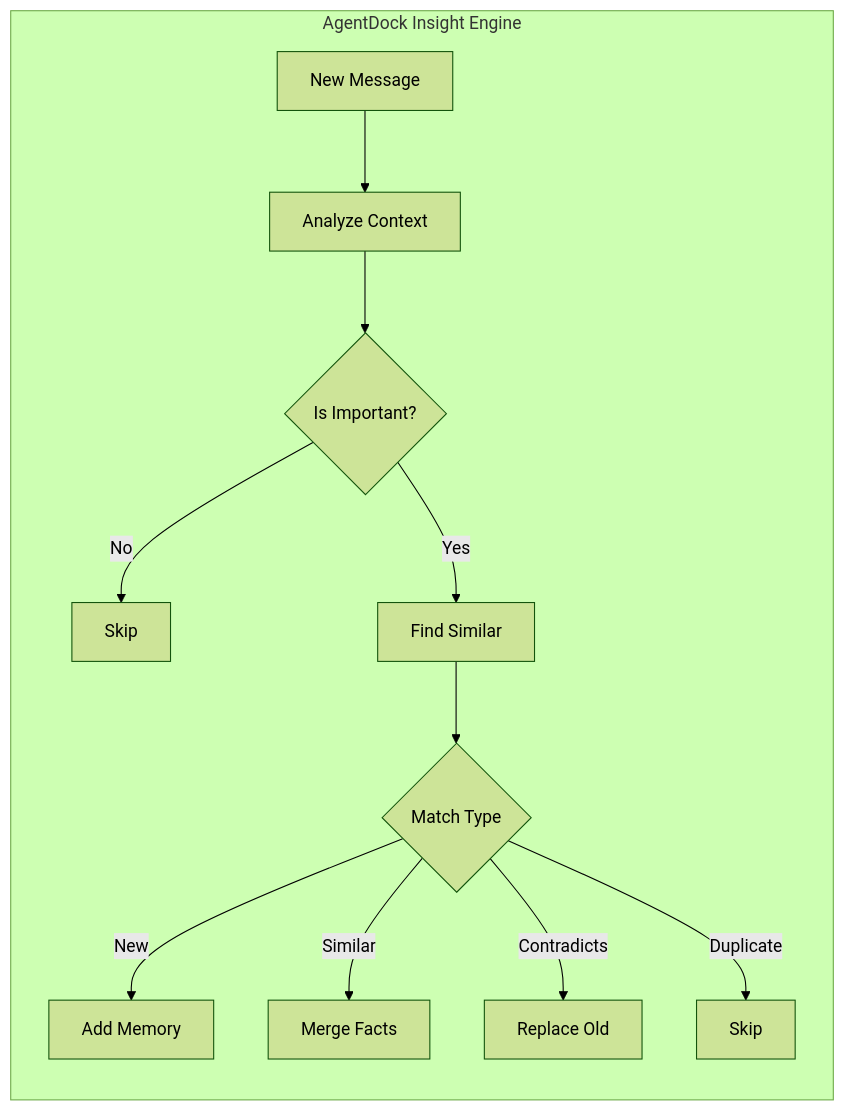
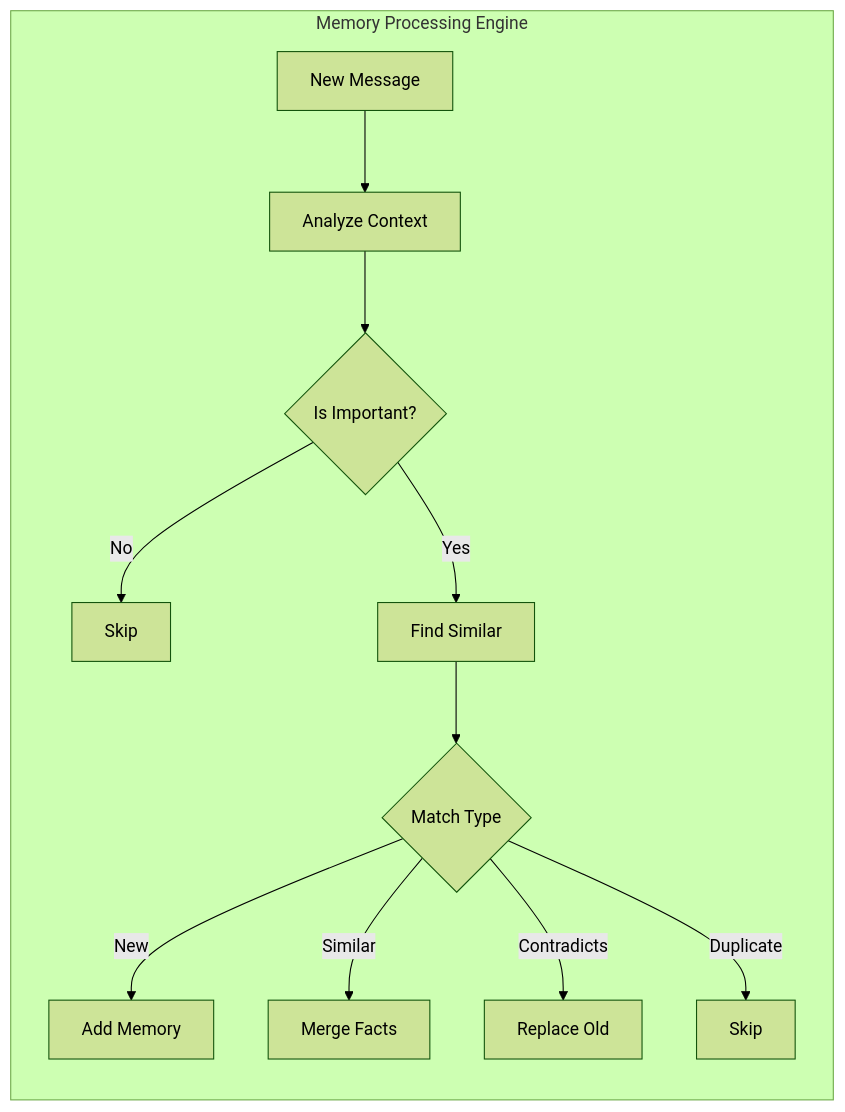
One commit to AgentDock/AgentDock changed the diagram in docs/roadmap/advanced-memory.md. Above: the diagram before and after it, drawn with Mermaid (forest theme). The commit also changed other lines of this file and 10 other files, not shown here.

````diff
--- a/docs/roadmap/advanced-memory.md
+++ b/docs/roadmap/advanced-memory.md
@@ -102,14 +146,14 @@
 ```mermaid
 graph LR
-    subgraph "AgentDock Insight Engine"
+    subgraph "Memory Processing Engine"
         A[New Message] --> B[Analyze Context]
         B --> C{Is Important?}
         C -->|No| D[Skip]
         C -->|Yes| E[Find Similar]
         E --> F{Match Type}
         F -->|New| G[Add Memory]
         F -->|Similar| H[Merge Facts]
         F -->|Contradicts| I[Replace Old]
         F -->|Duplicate| J[Skip]
     end
 ```
````
